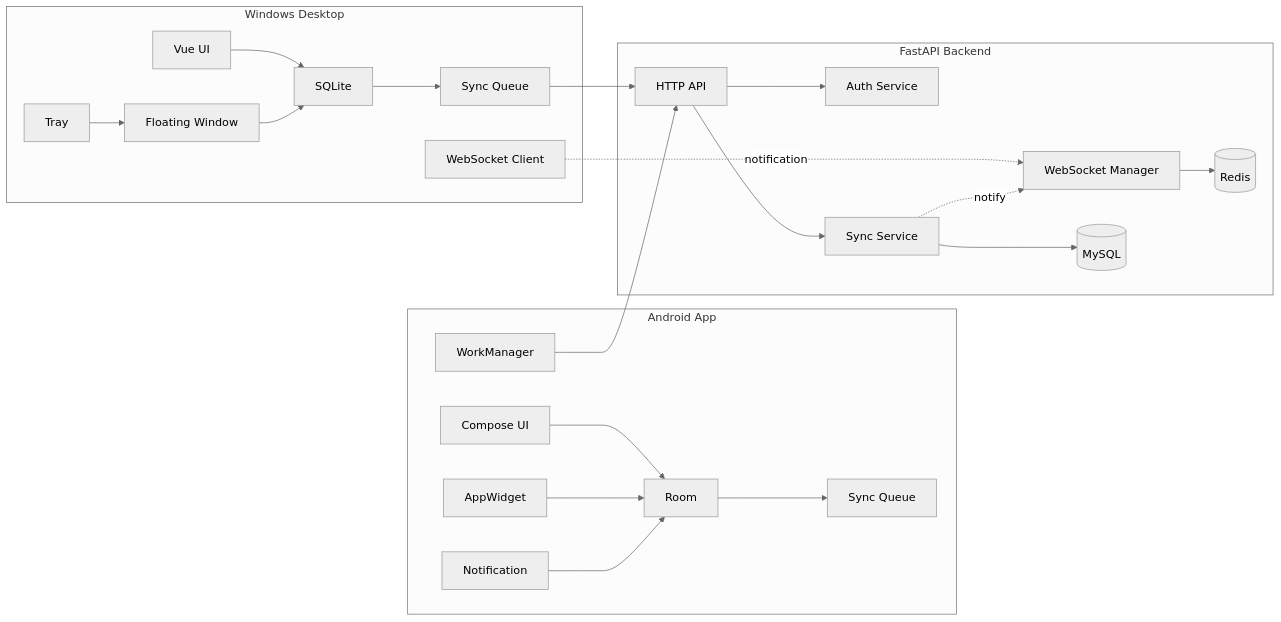
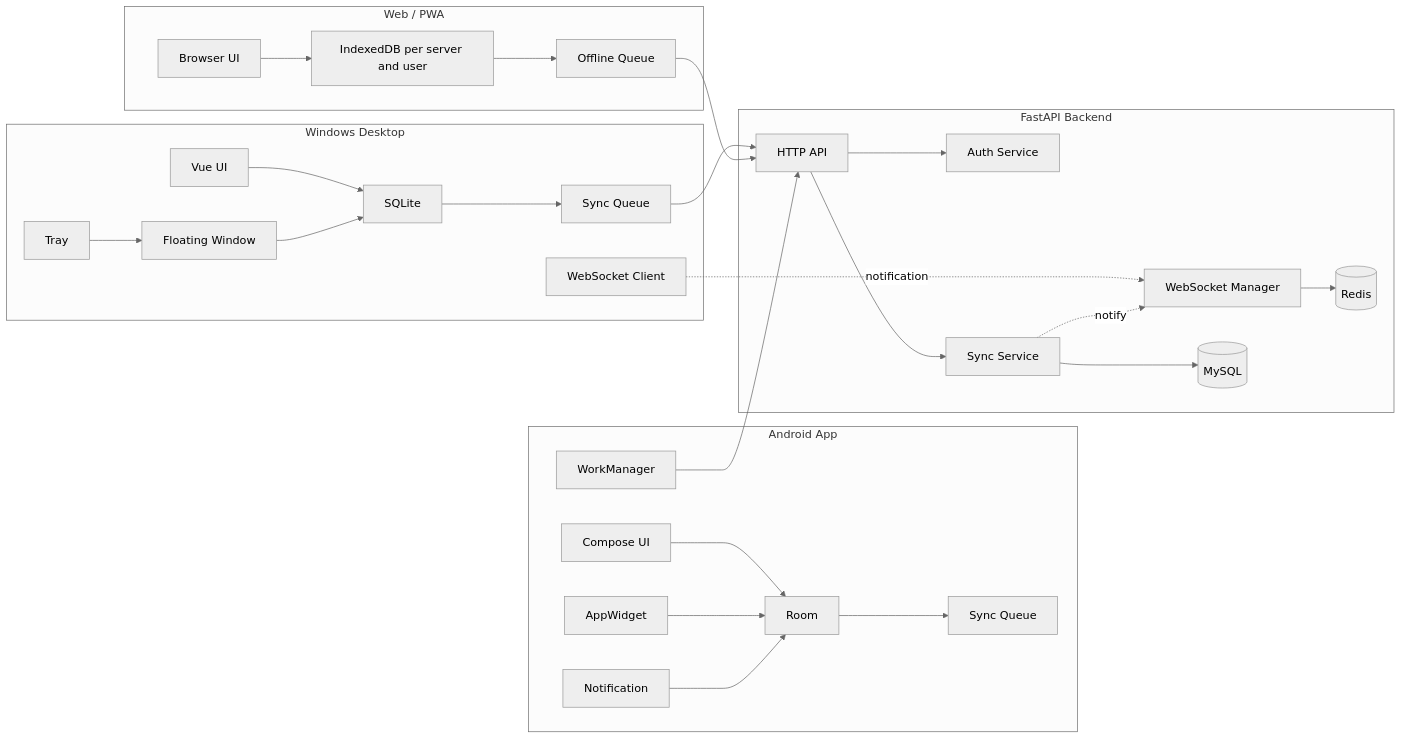
One commit to 27xk/TaskBridge changed the diagram in docs/architecture.md. Above: the diagram before and after it, drawn with Mermaid (neutral theme). The commit also changed other lines of this file and 223 other files, not shown here.

````diff
--- a/docs/architecture.md
+++ b/docs/architecture.md
@@ -34,48 +38,58 @@
 ```mermaid
 flowchart LR
     subgraph Android["Android App"]
         AUI["Compose UI"]
         ARoom["Room"]
         AQueue["Sync Queue"]
         AWorker["WorkManager"]
         AWidget["AppWidget"]
         ANotify["Notification"]
     end
 
     subgraph Desktop["Windows Desktop"]
         DUI["Vue UI"]
         DSQLite["SQLite"]
         DQueue["Sync Queue"]
         DTray["Tray"]
         DFloat["Floating Window"]
         DWS["WebSocket Client"]
+    end
+
+    subgraph Web["Web / PWA"]
+        WUI["Browser UI"]
+        WDB["IndexedDB per server and user"]
+        WQueue["Offline Queue"]
     end
 
     subgraph Backend["FastAPI Backend"]
         API["HTTP API"]
         Auth["Auth Service"]
         Sync["Sync Service"]
         WS["WebSocket Manager"]
         MySQL[("MySQL")]
         Redis[("Redis")]
     end
 
     AUI --> ARoom
     AWidget --> ARoom
     ANotify --> ARoom
     ARoom --> AQueue
     AWorker --> API
 
     DUI --> DSQLite
     DFloat --> DSQLite
     DTray --> DFloat
     DSQLite --> DQueue
     DWS -. notification .-> WS
     DQueue --> API
 
+    WUI --> WDB
+    WDB --> WQueue
+    WQueue --> API
+
     API --> Auth
     API --> Sync
     Sync --> MySQL
     WS --> Redis
     Sync -. notify .-> WS
 ```
````
